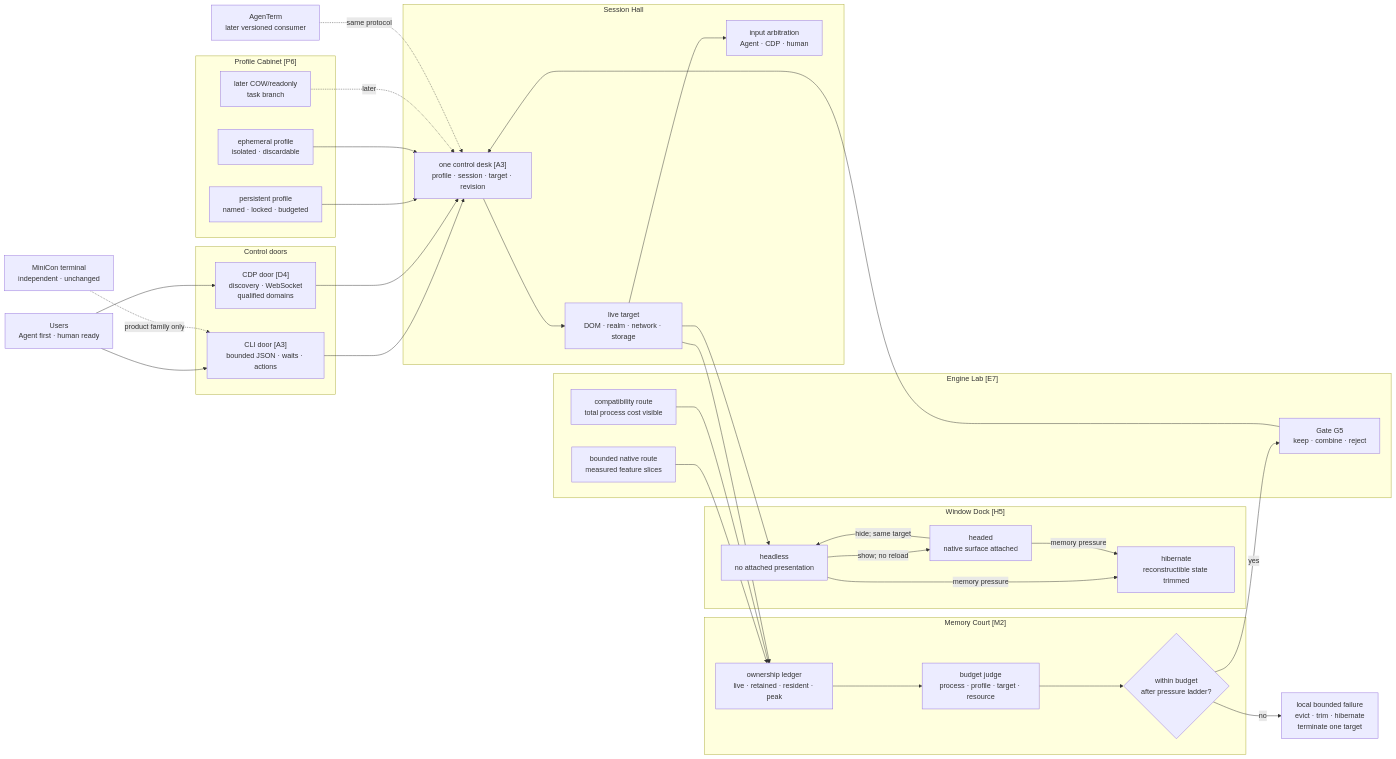
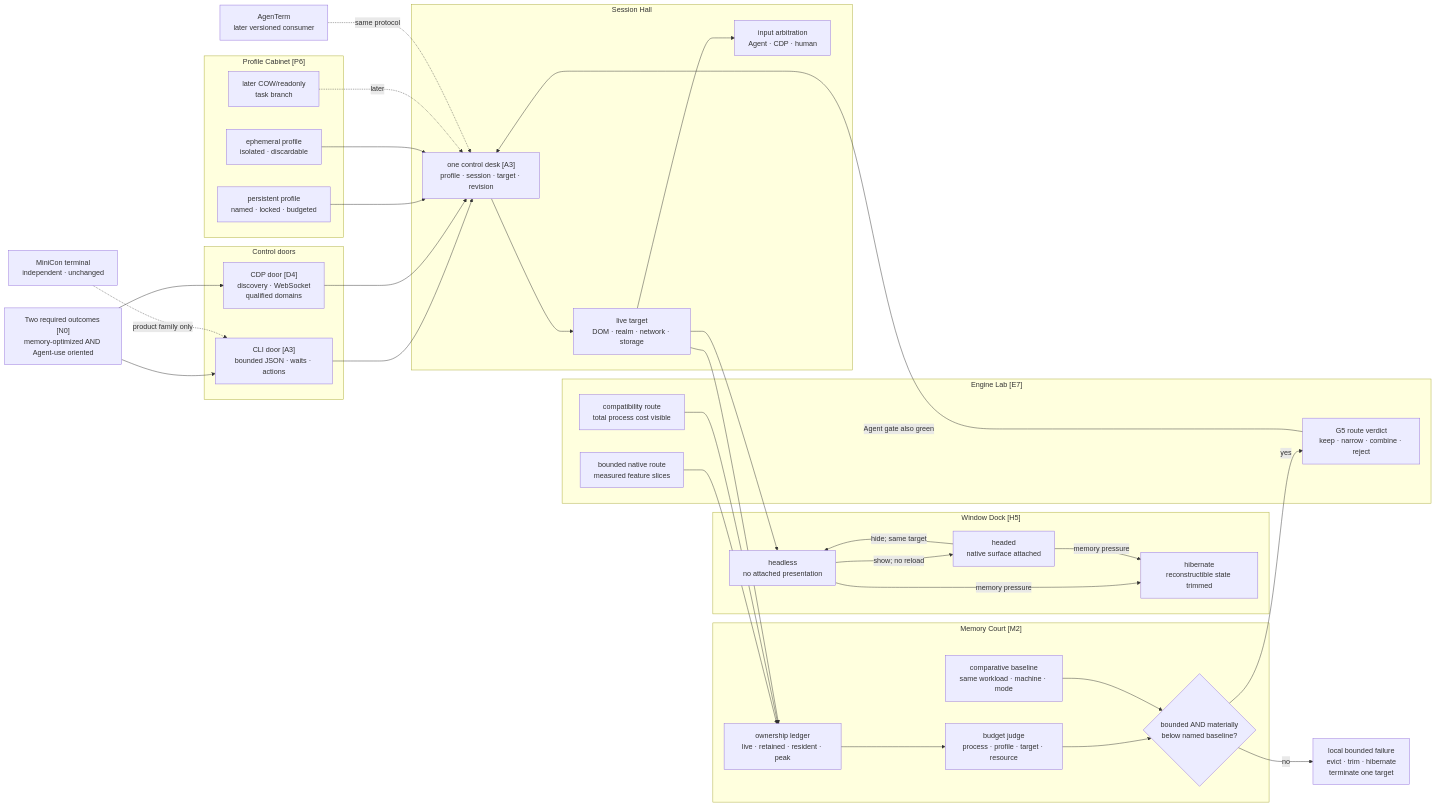
The diagram in plan/plan-0.0.x.md (partnernetsoftware/minicon-surf), drawn with Mermaid before and after one commit. The commit also changed other lines of this file and 1 other file, not shown here.

Commit message:
Make memory and Agent outcomes non-negotiable

````diff
--- a/plan/plan-0.0.x.md
+++ b/plan/plan-0.0.x.md
@@ -115,60 +149,62 @@
 ```mermaid
 flowchart LR
-    U["Users<br/>Agent first · human ready"]
+    U["Two required outcomes [N0]<br/>memory-optimized AND Agent-use oriented"]
 
     subgraph ENTRY["Control doors"]
         CLI["CLI door [A3]<br/>bounded JSON · waits · actions"]
         CDP["CDP door [D4]<br/>discovery · WebSocket<br/>qualified domains"]
     end
 
     subgraph ID["Profile Cabinet [P6]"]
         PP["persistent profile<br/>named · locked · budgeted"]
         EP["ephemeral profile<br/>isolated · discardable"]
         CP["later COW/readonly<br/>task branch"]
     end
 
     subgraph LIVE["Session Hall"]
         CTRL["one control desk [A3]<br/>profile · session · target · revision"]
         PAGE["live target<br/>DOM · realm · network · storage"]
         ARB["input arbitration<br/>Agent · CDP · human"]
     end
 
     subgraph SURF["Window Dock [H5]"]
         OFF["headless<br/>no attached presentation"]
         ON["headed<br/>native surface attached"]
         HIB["hibernate<br/>reconstructible state trimmed"]
     end
 
     subgraph MEM["Memory Court [M2]"]
         BOOK["ownership ledger<br/>live · retained · resident · peak"]
         LIMIT["budget judge<br/>process · profile · target · resource"]
-        PRESS{"within budget<br/>after pressure ladder?"}
+        BASE["comparative baseline<br/>same workload · machine · mode"]
+        PRESS{"bounded AND materially<br/>below named baseline?"}
     end
 
     subgraph LAB["Engine Lab [E7]"]
         NATIVE["bounded native route<br/>measured feature slices"]
         COMPAT["compatibility route<br/>total process cost visible"]
-        DECIDE["Gate G5<br/>keep · combine · reject"]
+        DECIDE["G5 route verdict<br/>keep · narrow · combine · reject"]
     end
 
     AT["AgenTerm<br/>later versioned consumer"]
     MINI["MiniCon terminal<br/>independent · unchanged"]
     FAIL["local bounded failure<br/>evict · trim · hibernate<br/>terminate one target"]
 
     U --> CLI & CDP
     CLI & CDP --> CTRL
     PP & EP --> CTRL
     CP -. later .-> CTRL
     CTRL --> PAGE --> ARB
     PAGE --> OFF
     OFF -->|show; no reload| ON
     ON -->|hide; same target| OFF
     OFF & ON -->|memory pressure| HIB
     PAGE --> BOOK --> LIMIT --> PRESS
+    BASE --> PRESS
     NATIVE & COMPAT --> BOOK
     PRESS -->|yes| DECIDE
     PRESS -->|no| FAIL
-    DECIDE --> CTRL
+    DECIDE -->|Agent gate also green| CTRL
     AT -. same protocol .-> CTRL
     MINI -. product family only .-> CLI
 ```
````
